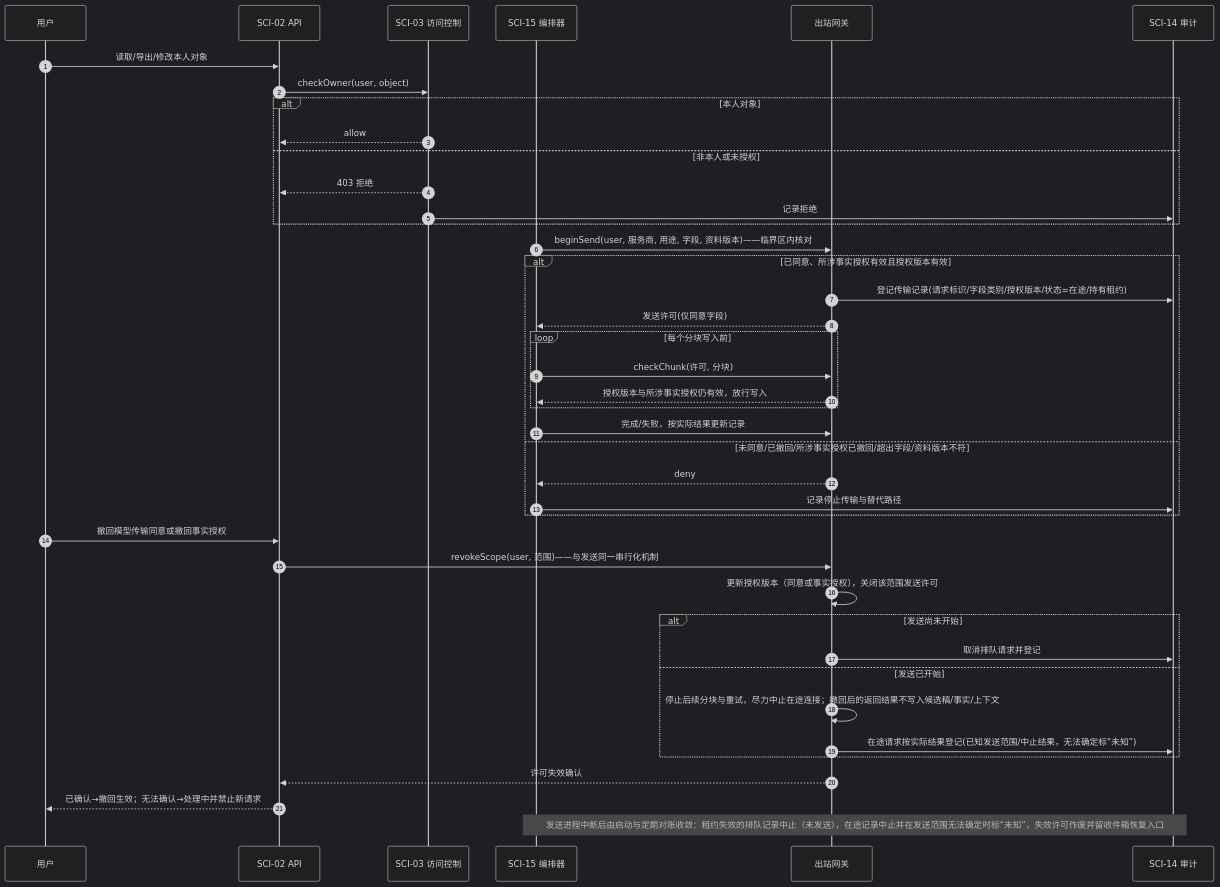
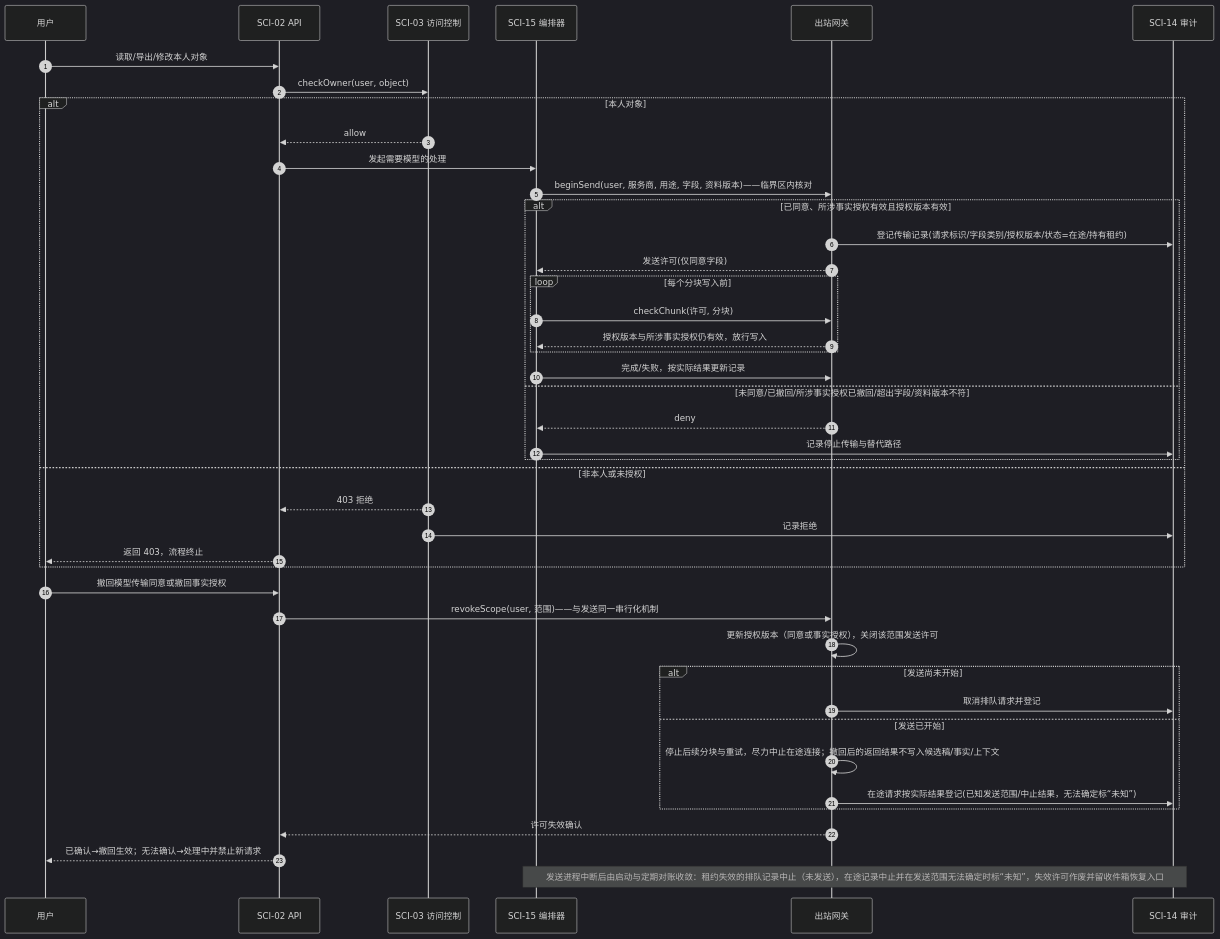
Before and after one commit to LotteryCamp/OfferPilot: diagram 18 of 23 in docs/design/system-design/offerpilot-system-design.md, drawn with Mermaid (dark theme).

Commit message:
docs: avoid denied requests reaching models

````diff
--- a/docs/design/system-design/offerpilot-system-design.md
+++ b/docs/design/system-design/offerpilot-system-design.md
@@ -1513,43 +1513,45 @@
 ```mermaid
 sequenceDiagram
     autonumber
     participant USR as 用户
     participant API as SCI-02 API
     participant AU as SCI-03 访问控制
     participant AG as SCI-15 编排器
     participant GW as 出站网关
     participant AUD as SCI-14 审计
     USR->>API: 读取/导出/修改本人对象
     API->>AU: checkOwner(user, object)
     alt 本人对象
         AU-->>API: allow
+        API->>AG: 发起需要模型的处理
+        AG->>GW: beginSend(user, 服务商, 用途, 字段, 资料版本)——临界区内核对
+        alt 已同意、所涉事实授权有效且授权版本有效
+            GW->>AUD: 登记传输记录(请求标识/字段类别/授权版本/状态=在途/持有租约)
+            GW-->>AG: 发送许可(仅同意字段)
+            loop 每个分块写入前
+                AG->>GW: checkChunk(许可, 分块)
+                GW-->>AG: 授权版本与所涉事实授权仍有效，放行写入
+            end
+            AG->>GW: 完成/失败，按实际结果更新记录
+        else 未同意/已撤回/所涉事实授权已撤回/超出字段/资料版本不符
+            GW-->>AG: deny
+            AG->>AUD: 记录停止传输与替代路径
+        end
     else 非本人或未授权
         AU-->>API: 403 拒绝
         AU->>AUD: 记录拒绝
-    end
-    AG->>GW: beginSend(user, 服务商, 用途, 字段, 资料版本)——临界区内核对
-    alt 已同意、所涉事实授权有效且授权版本有效
-        GW->>AUD: 登记传输记录(请求标识/字段类别/授权版本/状态=在途/持有租约)
-        GW-->>AG: 发送许可(仅同意字段)
-        loop 每个分块写入前
-            AG->>GW: checkChunk(许可, 分块)
-            GW-->>AG: 授权版本与所涉事实授权仍有效，放行写入
-        end
-        AG->>GW: 完成/失败，按实际结果更新记录
-    else 未同意/已撤回/所涉事实授权已撤回/超出字段/资料版本不符
-        GW-->>AG: deny
-        AG->>AUD: 记录停止传输与替代路径
+        API-->>USR: 返回 403，流程终止
     end
     USR->>API: 撤回模型传输同意或撤回事实授权
     API->>GW: revokeScope(user, 范围)——与发送同一串行化机制
     GW->>GW: 更新授权版本（同意或事实授权），关闭该范围发送许可
     alt 发送尚未开始
         GW->>AUD: 取消排队请求并登记
     else 发送已开始
         GW->>GW: 停止后续分块与重试，尽力中止在途连接；撤回后的返回结果不写入候选稿/事实/上下文
         GW->>AUD: 在途请求按实际结果登记(已知发送范围/中止结果，无法确定标“未知”)
     end
     GW-->>API: 许可失效确认
     API-->>USR: 已确认→撤回生效；无法确认→处理中并禁止新请求
     note over AG,AUD: 发送进程中断后由启动与定期对账收敛：租约失效的排队记录中止（未发送），在途记录中止并在发送范围无法确定时标“未知”，失效许可作废并留收件箱恢复入口
 ```
````
